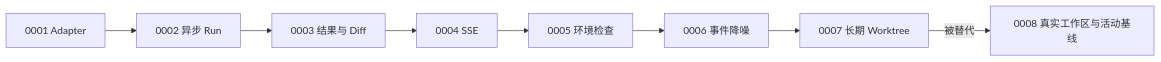
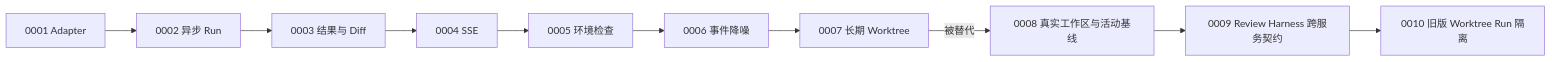
Before and after one commit to smile-gu/Code-Weave: the diagram in docs/decisions/README.md, drawn with Mermaid. The commit also changed other lines of this file and 169 other files, not shown here.

Commit message:
重构：隔离旧版 Worktree Run 并统一业务语义命名

````diff
--- a/docs/decisions/README.md
+++ b/docs/decisions/README.md
@@ -14,10 +16,12 @@
 ```mermaid
 flowchart LR
     A[0001 Adapter] --> B[0002 异步 Run]
     B --> C[0003 结果与 Diff]
     C --> D[0004 SSE]
     D --> E[0005 环境检查]
     E --> F[0006 事件降噪]
     F --> G[0007 长期 Worktree]
     G -->|被替代| H[0008 真实工作区与活动基线]
+    H --> I[0009 Review Harness 跨服务契约]
+    I --> J[0010 旧版 Worktree Run 隔离]
 ```
````
